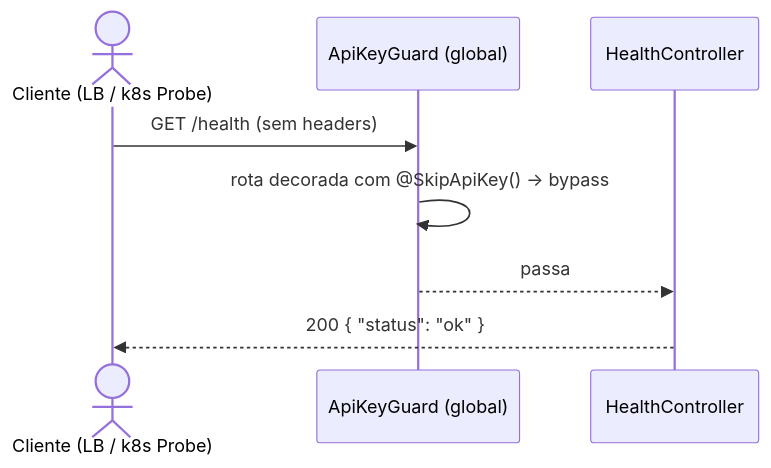
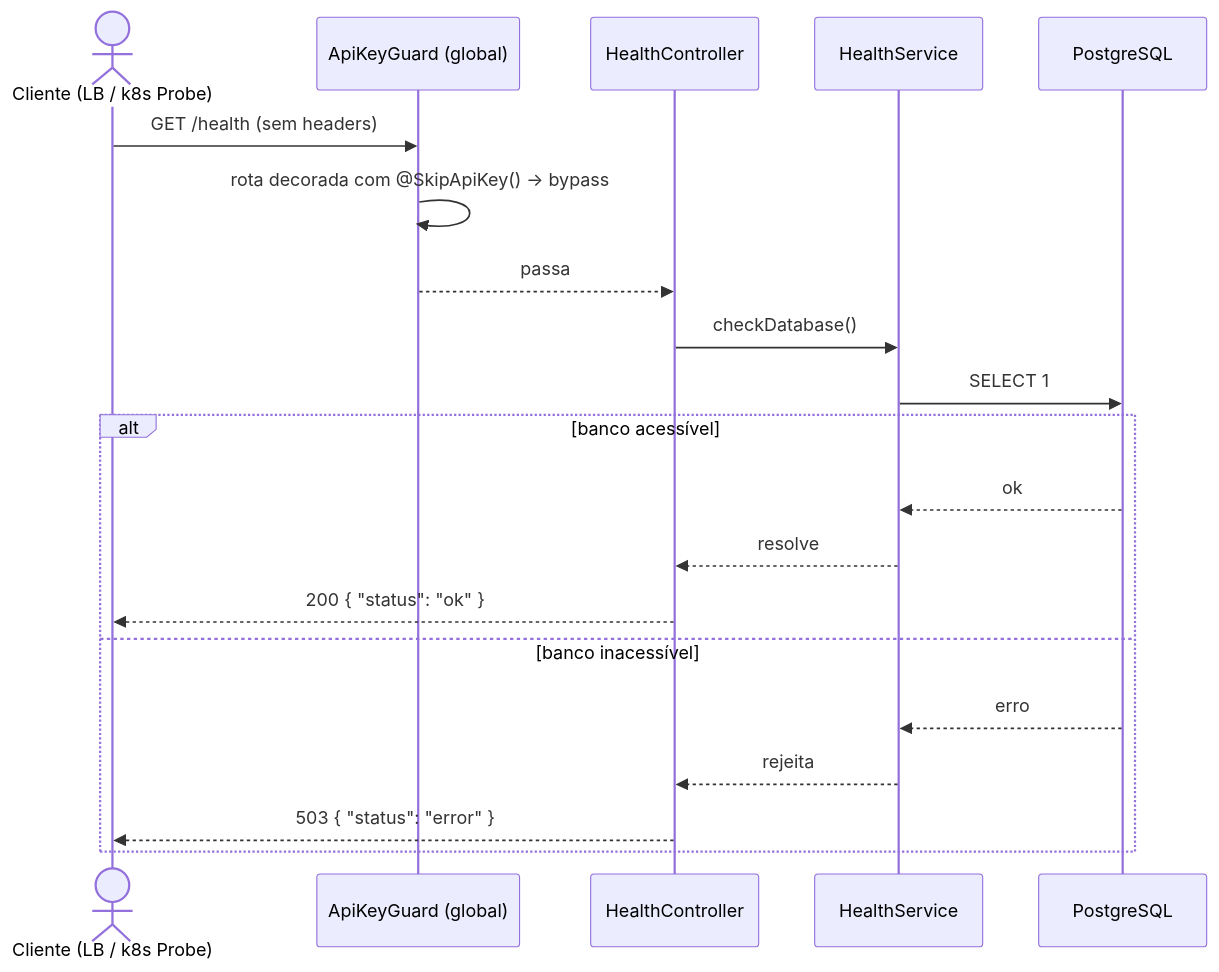
One commit to adaptwebtech/monitor-deploy changed the second of 3 diagrams in docs/implementation/health.md. Above: the diagram before and after it, drawn with Mermaid. The commit also changed other lines of this file and 40 other files, not shown here.

````diff
--- a/docs/implementation/health.md
+++ b/docs/implementation/health.md
@@ -113,11 +130,23 @@
 ```mermaid
 sequenceDiagram
     actor Cliente as Cliente (LB / k8s Probe)
     participant Guard as ApiKeyGuard (global)
     participant Ctrl as HealthController
+    participant Svc as HealthService
+    participant DB as PostgreSQL
 
     Cliente->>Guard: GET /health (sem headers)
     Guard->>Guard: rota decorada com @SkipApiKey() → bypass
     Guard-->>Ctrl: passa
-    Ctrl-->>Cliente: 200 { "status": "ok" }
+    Ctrl->>Svc: checkDatabase()
+    Svc->>DB: SELECT 1
+    alt banco acessível
+        DB-->>Svc: ok
+        Svc-->>Ctrl: resolve
+        Ctrl-->>Cliente: 200 { "status": "ok" }
+    else banco inacessível
+        DB-->>Svc: erro
+        Svc-->>Ctrl: rejeita
+        Ctrl-->>Cliente: 503 { "status": "error" }
+    end
 ```
````
